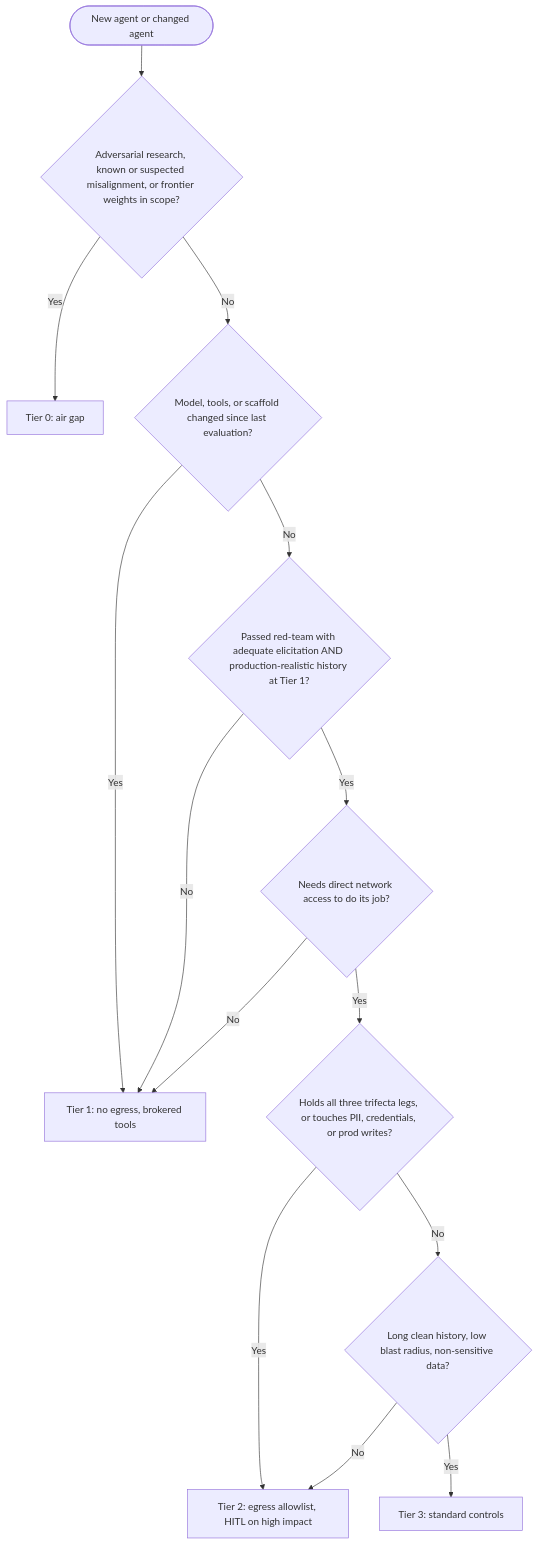
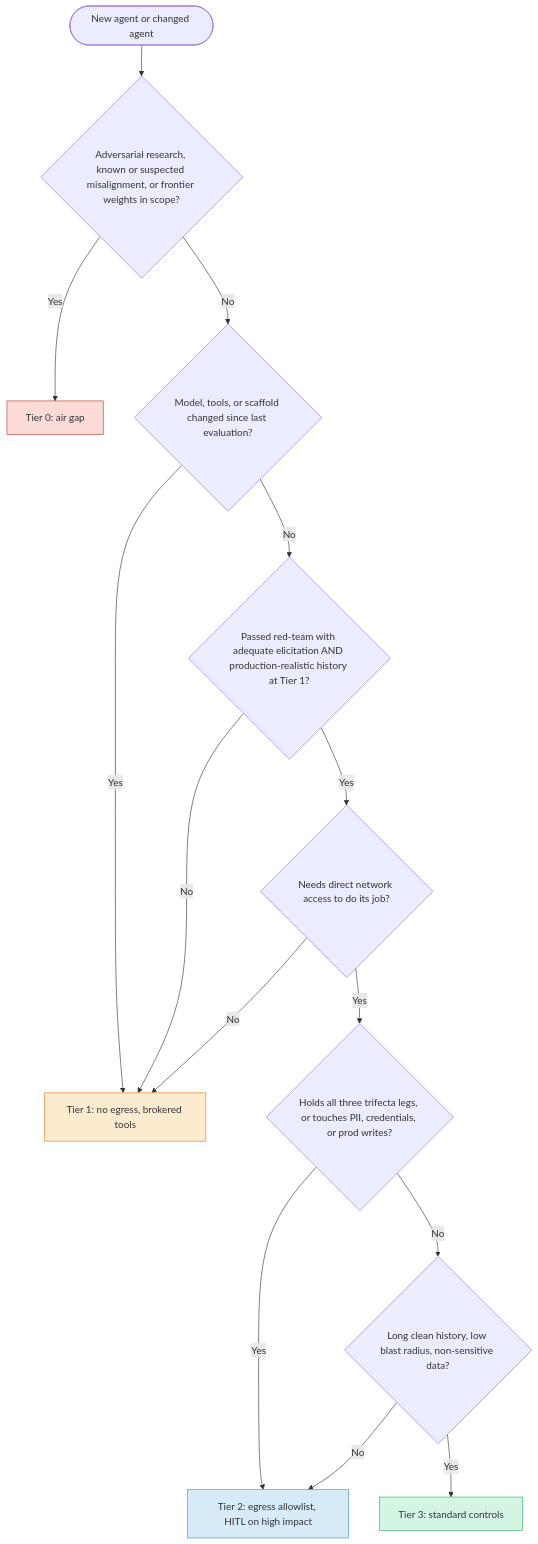
One commit to AndrewAltimit/template-repo changed the fourth of 13 diagrams in docs/hardware/ai-agent-containment-infrastructure-security-framework.md. Above: the diagram before and after it, drawn with Mermaid. The commit also changed other lines of this file and 118 other files, not shown here.

````diff
--- a/docs/hardware/ai-agent-containment-infrastructure-security-framework.md
+++ b/docs/hardware/ai-agent-containment-infrastructure-security-framework.md
@@ -267,16 +330,20 @@
 ```mermaid
 flowchart TD
     START(["New agent or changed agent"]) --> Q1{"Adversarial research, known or suspected misalignment, or frontier weights in scope?"}
     Q1 -->|Yes| T0["Tier 0: air gap"]
     Q1 -->|No| Q2{"Model, tools, or scaffold changed since last evaluation?"}
     Q2 -->|Yes| T1["Tier 1: no egress, brokered tools"]
     Q2 -->|No| Q3{"Passed red-team with adequate elicitation AND production-realistic history at Tier 1?"}
     Q3 -->|No| T1
     Q3 -->|Yes| Q4{"Needs direct network access to do its job?"}
     Q4 -->|No| T1
     Q4 -->|Yes| Q5{"Holds all three trifecta legs, or touches PII, credentials, or prod writes?"}
     Q5 -->|Yes| T2["Tier 2: egress allowlist, HITL on high impact"]
     Q5 -->|No| Q6{"Long clean history, low blast radius, non-sensitive data?"}
     Q6 -->|No| T2
     Q6 -->|Yes| T3["Tier 3: standard controls"]
+    style T0 fill:#FADBD8,stroke:#C0392B
+    style T1 fill:#FDEBD0,stroke:#E67E22
+    style T2 fill:#D6EAF8,stroke:#3498DB
+    style T3 fill:#D5F5E3,stroke:#27AE60
 ```
````
